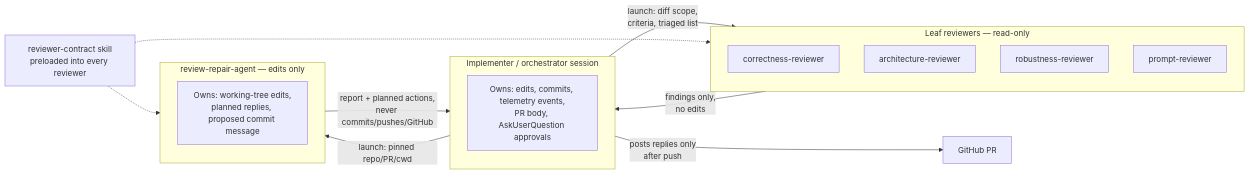
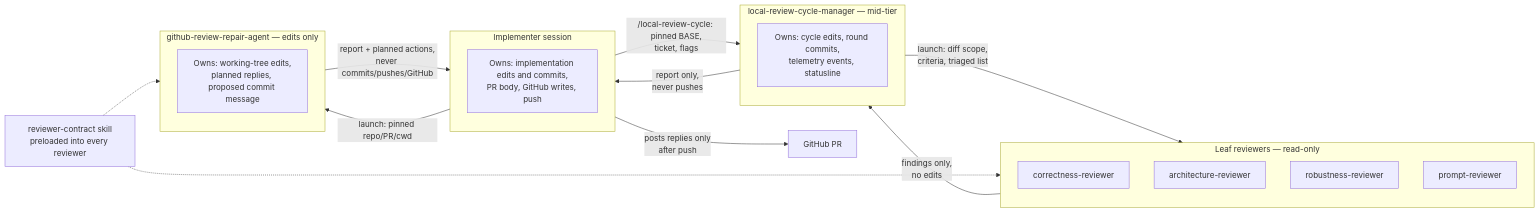
The third of 3 diagrams in docs/workflow-architecture.md (IdahoEv/dotfiles), drawn with Mermaid before and after one commit. The commit also changed other lines of this file and 19 other files, not shown here.

First line of the commit message:
Move local review cycle into local-review-cycle-manager (#61, #62)

````diff
--- a/docs/workflow-architecture.md
+++ b/docs/workflow-architecture.md
@@ -94,23 +100,28 @@
 ```mermaid
 flowchart LR
-    subgraph Parent[Implementer / orchestrator session]
+    subgraph Parent[Implementer session]
         direction TB
-        C1[Owns: edits, commits, telemetry events,<br/>PR body, AskUserQuestion approvals]
+        C1[Owns: implementation edits and commits,<br/>PR body, GitHub writes, push]
+    end
+    subgraph CycleMgr[local-review-cycle-manager — mid-tier]
+        M1[Owns: cycle edits, round commits,<br/>telemetry events, statusline]
     end
     subgraph LeafReview[Leaf reviewers — read-only]
         L1[correctness-reviewer]
         L2[architecture-reviewer]
         L3[robustness-reviewer]
         L4[prompt-reviewer]
     end
-    subgraph Repair[review-repair-agent — edits only]
+    subgraph Repair[github-review-repair-agent — edits only]
         R1[Owns: working-tree edits,<br/>planned replies, proposed commit message]
     end
-    Parent -->|launch: diff scope,<br/>criteria, triaged list| LeafReview
-    LeafReview -->|findings only,<br/>no edits| Parent
+    Parent -->|/local-review-cycle: pinned BASE,<br/>ticket, flags| CycleMgr
+    CycleMgr -->|report only,<br/>never pushes| Parent
+    CycleMgr -->|launch: diff scope,<br/>criteria, triaged list| LeafReview
+    LeafReview -->|findings only,<br/>no edits| CycleMgr
     Parent -->|launch: pinned repo/PR/cwd| Repair
     Repair -->|report + planned actions,<br/>never commits/pushes/GitHub| Parent
     Parent -->|posts replies only<br/>after push| GitHub[GitHub PR]
     Contract[reviewer-contract skill<br/>preloaded into every reviewer] -.-> LeafReview
     Contract -.-> Repair
 ```
````
